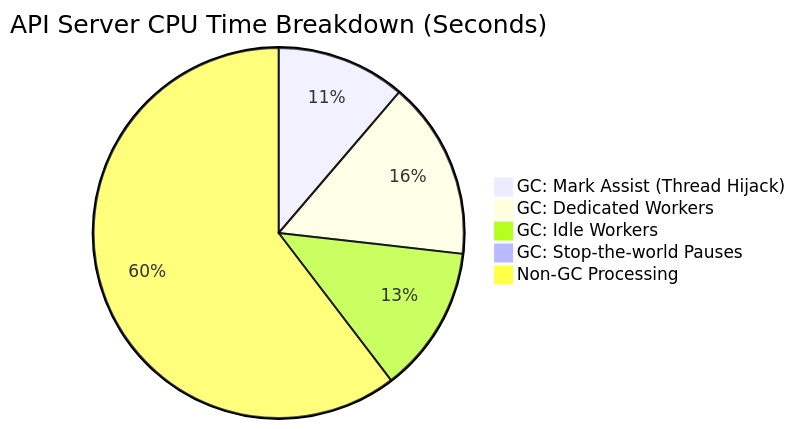
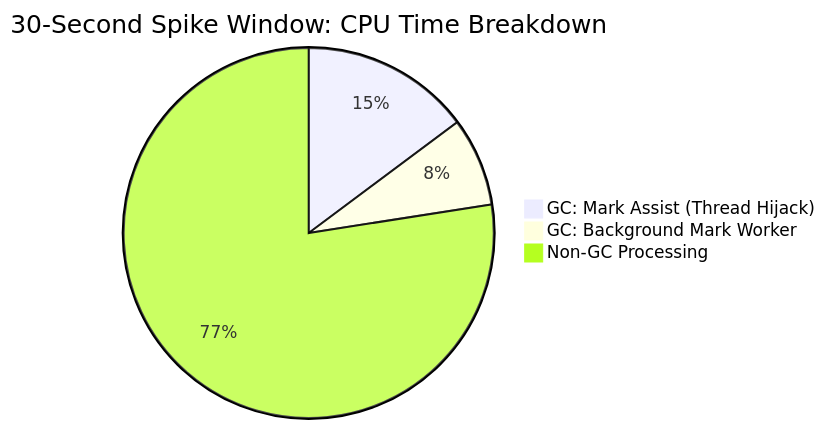
The diagram in triage-journals/2062218224480555008/journal.md (seans3/ci-test-agents), drawn with Mermaid before and after one commit. The commit also changed other lines of this file and 1 other file, not shown here.

Commit message:
Use temporally correlated CPU profiles instead of cumulative metrics in journal

````diff
--- a/triage-journals/2062218224480555008/journal.md
+++ b/triage-journals/2062218224480555008/journal.md
@@ -57,8 +54,6 @@
 ```mermaid
-pie title API Server CPU Time Breakdown (Seconds)
-    "GC: Mark Assist (Thread Hijack)" : 15844.41
-    "GC: Dedicated Workers" : 21844.06
-    "GC: Idle Workers" : 18034.08
-    "GC: Stop-the-world Pauses" : 79.50
-    "Non-GC Processing" : 84907.89
+pie title 30-Second Spike Window: CPU Time Breakdown
+    "GC: Mark Assist (Thread Hijack)" : 68.92
+    "GC: Background Mark Worker" : 36.08
+    "Non-GC Processing" : 360.85
 ```
````
